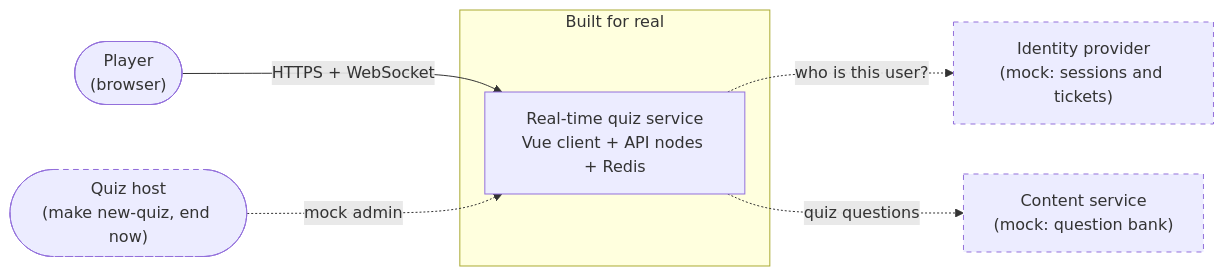
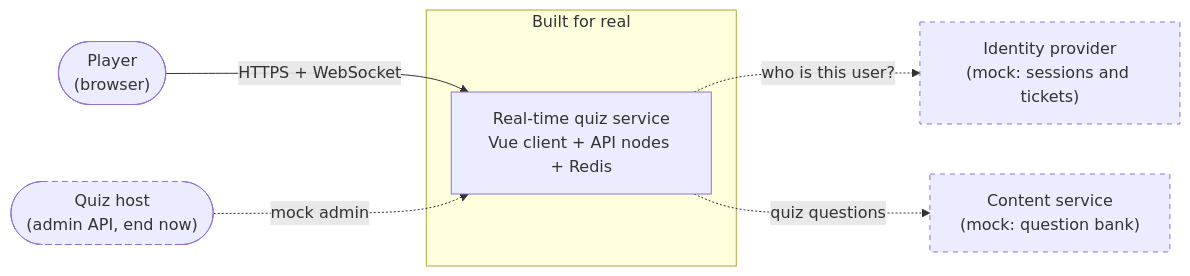
Before and after one commit to kobars/realtime-vocab-quiz: the first of 2 diagrams in DESIGN.md, drawn with Mermaid. The commit also changed other lines of this file and 3 other files, not shown here.

````diff
--- a/DESIGN.md
+++ b/DESIGN.md
@@ -78,16 +78,16 @@
 ```mermaid
 flowchart LR
     player(["Player<br/>(browser)"])
-    host(["Quiz host<br/>(make new-quiz, end now)"])
+    host(["Quiz host<br/>(admin API, end now)"])
     subgraph built["Built for real"]
         quiz["Real-time quiz service<br/>Vue client + API nodes + Redis"]
     end
     idp["Identity provider<br/>(mock: sessions and tickets)"]
     content["Content service<br/>(mock: question bank)"]
     player -- "HTTPS + WebSocket" --> quiz
     host -. "mock admin" .-> quiz
     quiz -. "who is this user?" .-> idp
     quiz -. "quiz questions" .-> content
     classDef mock stroke-dasharray: 5 5
     class idp,content,host mock
 ```
````
